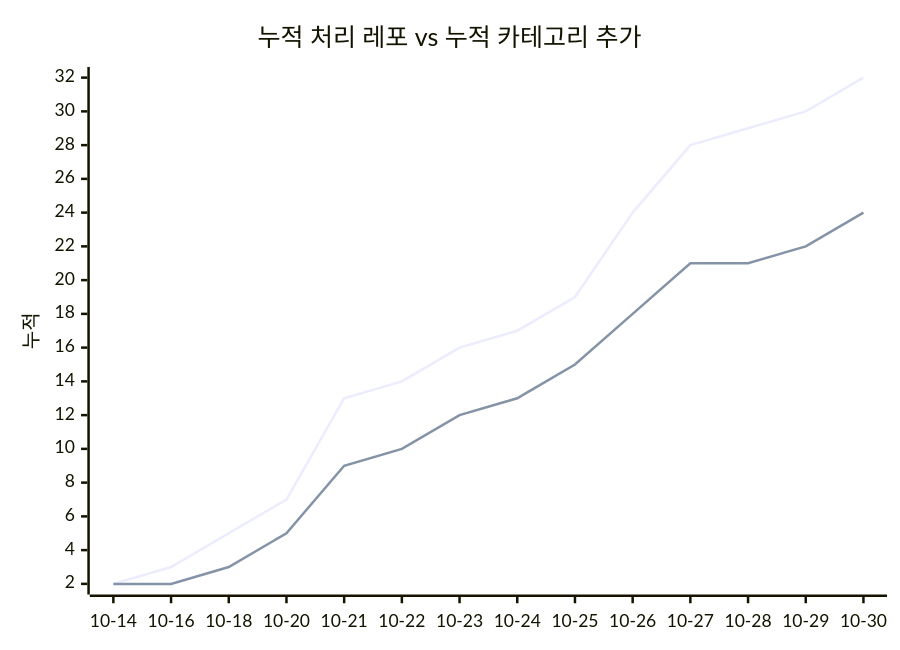
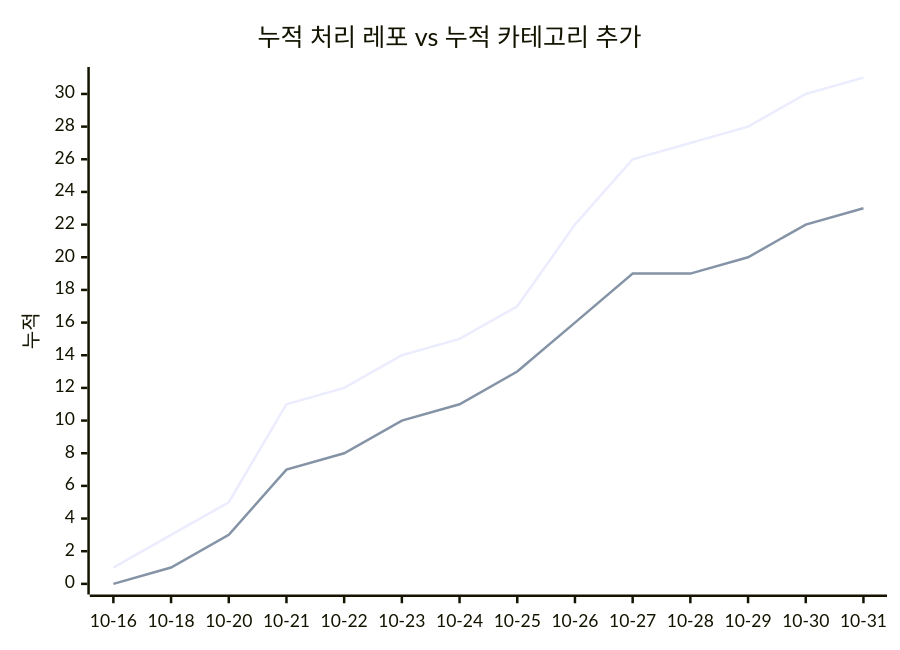
Before and after one commit to J-nowcow/awesome-korean-agent-skills: the second of 2 diagrams in docs/trends.md, drawn with Mermaid. The commit also changed other lines of this file and 3 other files, not shown here.

````diff
--- a/docs/trends.md
+++ b/docs/trends.md
@@ -68,8 +68,8 @@
 ```mermaid
 xychart-beta
     title "누적 처리 레포 vs 누적 카테고리 추가"
-    x-axis ["10-14","10-16","10-18","10-20","10-21","10-22","10-23","10-24","10-25","10-26","10-27","10-28","10-29","10-30"]
+    x-axis ["10-16","10-18","10-20","10-21","10-22","10-23","10-24","10-25","10-26","10-27","10-28","10-29","10-30","10-31"]
     y-axis "누적"
-    line [2,3,5,7,13,14,16,17,19,24,28,29,30,32]
-    line [2,2,3,5,9,10,12,13,15,18,21,21,22,24]
+    line [1,3,5,11,12,14,15,17,22,26,27,28,30,31]
+    line [0,1,3,7,8,10,11,13,16,19,19,20,22,23]
 ```
````
